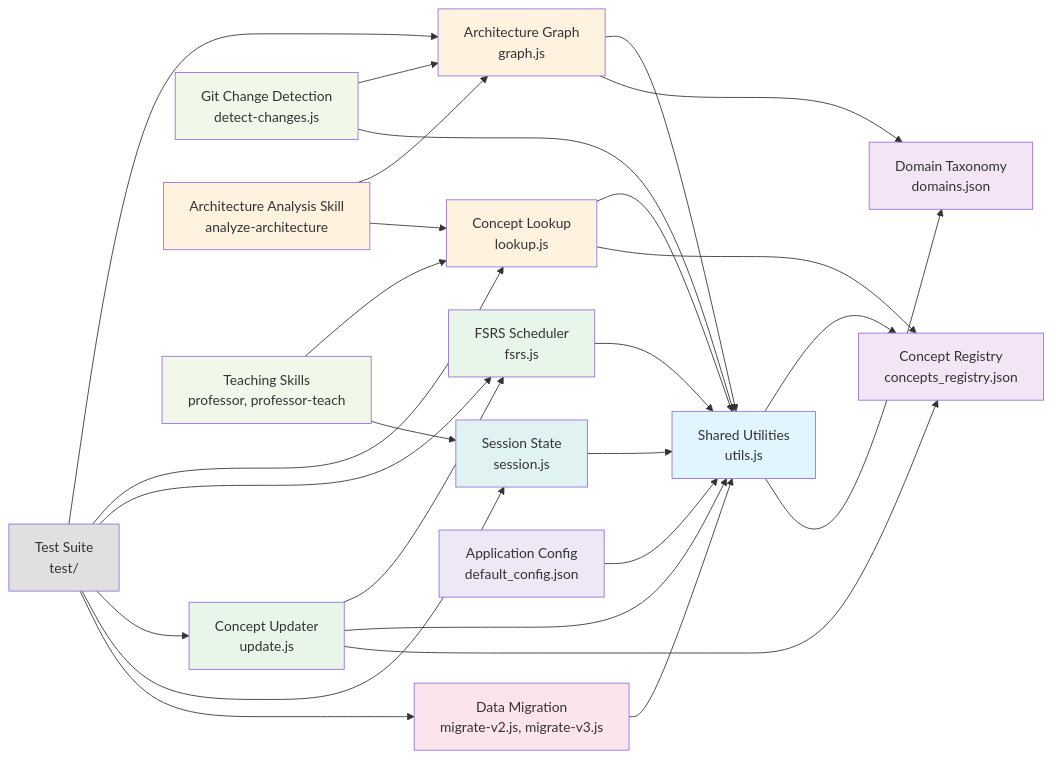
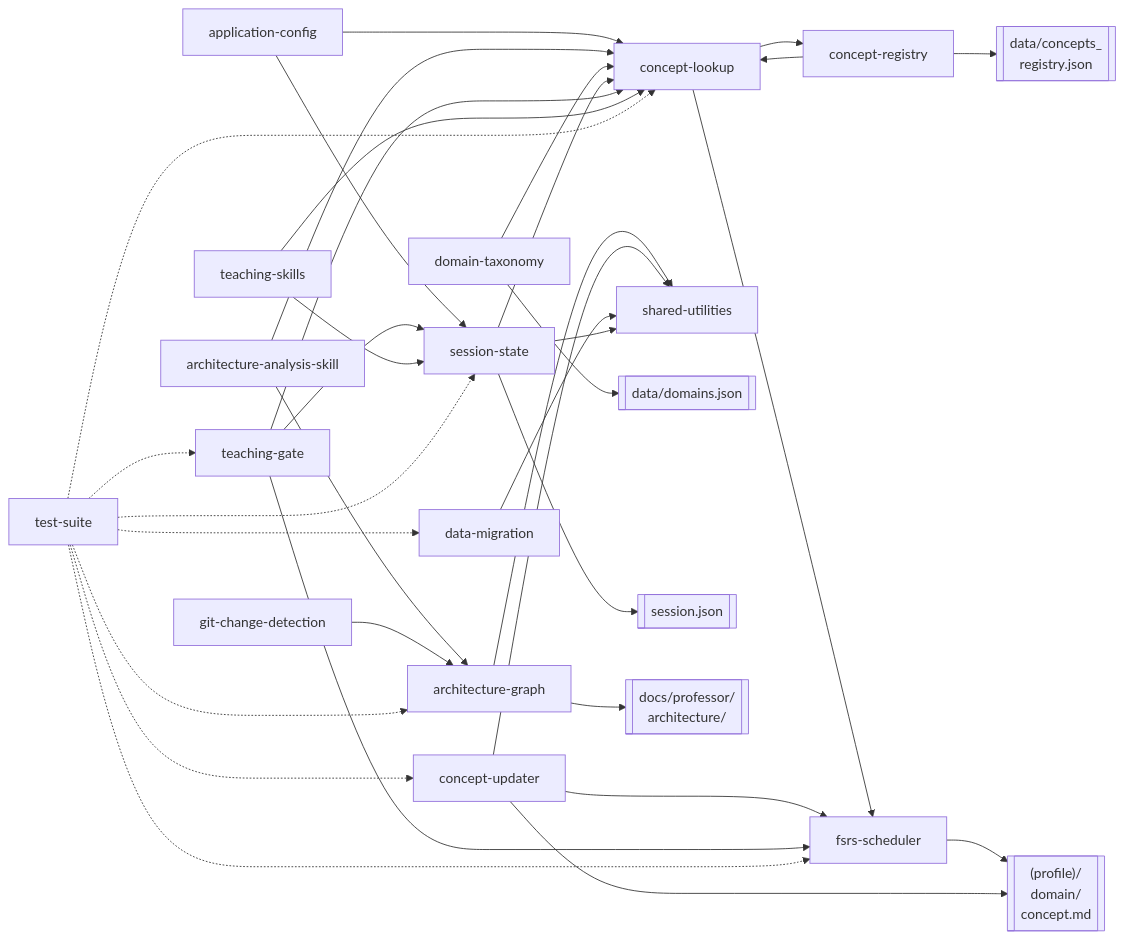
The first of 4 diagrams in docs/professor/architecture/data-flow.md (theadityamittal/claude-professor), drawn with Mermaid before and after one commit. The commit also changed other lines of this file and 16 other files, not shown here.

First line of the commit message:
docs: regenerate architecture for v4.0.0

````diff
--- a/docs/professor/architecture/data-flow.md
+++ b/docs/professor/architecture/data-flow.md
@@ -5,69 +5,68 @@
 ```mermaid
 graph LR
-    SharedUtilities["Shared Utilities<br/>utils.js"]
-    ConceptRegistry["Concept Registry<br/>concepts_registry.json"]
-    DomainTaxonomy["Domain Taxonomy<br/>domains.json"]
+    AppConfig["application-config"]
+    ArchSkill["architecture-analysis-skill"]
+    ArchGraph["architecture-graph"]
+    ConceptLookup["concept-lookup"]
+    ConceptReg["concept-registry"]
+    ConceptUpdate["concept-updater"]
+    DataMig["data-migration"]
+    DomainTax["domain-taxonomy"]
+    FSRSScheduler["fsrs-scheduler"]
+    GitChange["git-change-detection"]
+    SessionState["session-state"]
+    SharedUtils["shared-utilities"]
+    TeachingGate["teaching-gate"]
+    TeachingSkills["teaching-skills"]
+    TestSuite["test-suite"]
     
-    SharedUtilities --> ConceptRegistry
-    SharedUtilities --> DomainTaxonomy
+    ProfileDir[["(profile)/<br/>domain/<br/>concept.md"]]
+    ConceptFile[["data/concepts_<br/>registry.json"]]
+    DomainFile[["data/domains.json"]]
+    SessionFile[["session.json"]]
+    ArchDir[["docs/professor/<br/>architecture/"]]
     
-    ConceptLookup["Concept Lookup<br/>lookup.js"]
-    ConceptLookup --> SharedUtilities
-    ConceptLookup --> ConceptRegistry
+    AppConfig --> ConceptLookup
+    AppConfig --> SessionState
     
-    FsrsScheduler["FSRS Scheduler<br/>fsrs.js"]
-    FsrsScheduler --> SharedUtilities
+    ArchSkill --> ArchGraph
+    ArchSkill --> ConceptLookup
     
-    ConceptUpdater["Concept Updater<br/>update.js"]
-    ConceptUpdater --> FsrsScheduler
-    ConceptUpdater --> SharedUtilities
-    ConceptUpdater --> ConceptRegistry
+    ArchGraph --> SharedUtils
+    ArchGraph --> ArchDir
+    GitChange --> ArchGraph
     
-    DataMigration["Data Migration<br/>migrate-v2.js, migrate-v3.js"]
-    DataMigration --> SharedUtilities
+    ConceptReg --> ConceptFile
+    ConceptReg --> ConceptLookup
+    DomainTax --> DomainFile
+    DomainTax --> ConceptLookup
     
-    ArchitectureGraph["Architecture Graph<br/>graph.js"]
-    ArchitectureGraph --> SharedUtilities
-    ArchitectureGraph --> DomainTaxonomy
+    ConceptLookup --> FSRSScheduler
+    ConceptLookup --> ConceptReg
     
-    GitChangeDetection["Git Change Detection<br/>detect-changes.js"]
-    GitChangeDetection --> ArchitectureGraph
-    GitChangeDetection --> SharedUtilities
+    FSRSScheduler --> ProfileDir
+    ConceptUpdate --> FSRSScheduler
+    ConceptUpdate --> SharedUtils
+    ConceptUpdate --> ProfileDir
     
-    ArchitectureAnalysisSkill["Architecture Analysis Skill<br/>analyze-architecture"]
-    ArchitectureAnalysisSkill --> ArchitectureGraph
-    ArchitectureAnalysisSkill --> ConceptLookup
+    DataMig --> SharedUtils
     
-    SessionState["Session State<br/>session.js"]
-    SessionState --> SharedUtilities
+    SessionState --> SharedUtils
+    SessionState --> ConceptLookup
+    SessionState --> SessionFile
     
-    TeachingSkills["Teaching Skills<br/>professor, professor-teach"]
+    TeachingGate --> SessionState
+    TeachingGate --> ConceptLookup
+    TeachingGate --> FSRSScheduler
+    
     TeachingSkills --> ConceptLookup
     TeachingSkills --> SessionState
     
-    ApplicationConfig["Application Config<br/>default_config.json"]
-    ApplicationConfig --> SharedUtilities
-    
-    TestSuite["Test Suite<br/>test/"]
-    TestSuite --> ArchitectureGraph
-    TestSuite --> ConceptLookup
-    TestSuite --> FsrsScheduler
-    TestSuite --> ConceptUpdater
-    TestSuite --> SessionState
-    TestSuite --> DataMigration
-    
-    style SharedUtilities fill:#e1f5ff
-    style ConceptRegistry fill:#f3e5f5
-    style DomainTaxonomy fill:#f3e5f5
-    style ConceptLookup fill:#fff3e0
-    style FsrsScheduler fill:#e8f5e9
-    style ConceptUpdater fill:#e8f5e9
-    style DataMigration fill:#fce4ec
-    style ArchitectureGraph fill:#fff3e0
-    style GitChangeDetection fill:#f1f8e9
-    style ArchitectureAnalysisSkill fill:#fff3e0
-    style SessionState fill:#e0f2f1
-    style TeachingSkills fill:#f1f8e9
-    style ApplicationConfig fill:#ede7f6
-    style TestSuite fill:#e0e0e0
+    TestSuite -.-> FSRSScheduler
+    TestSuite -.-> ConceptLookup
+    TestSuite -.-> SessionState
+    TestSuite -.-> TeachingGate
+    TestSuite -.-> ConceptUpdate
+    TestSuite -.-> ArchGraph
+    TestSuite -.-> DataMig
 ```
````
